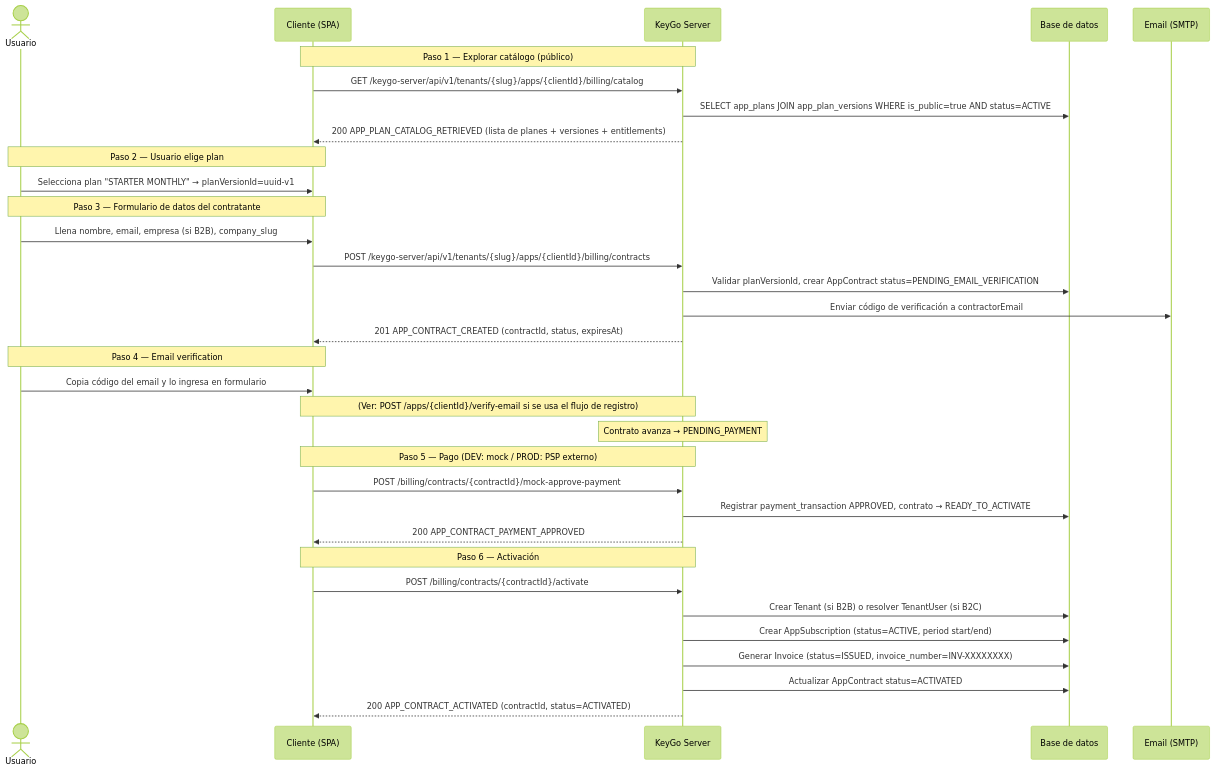
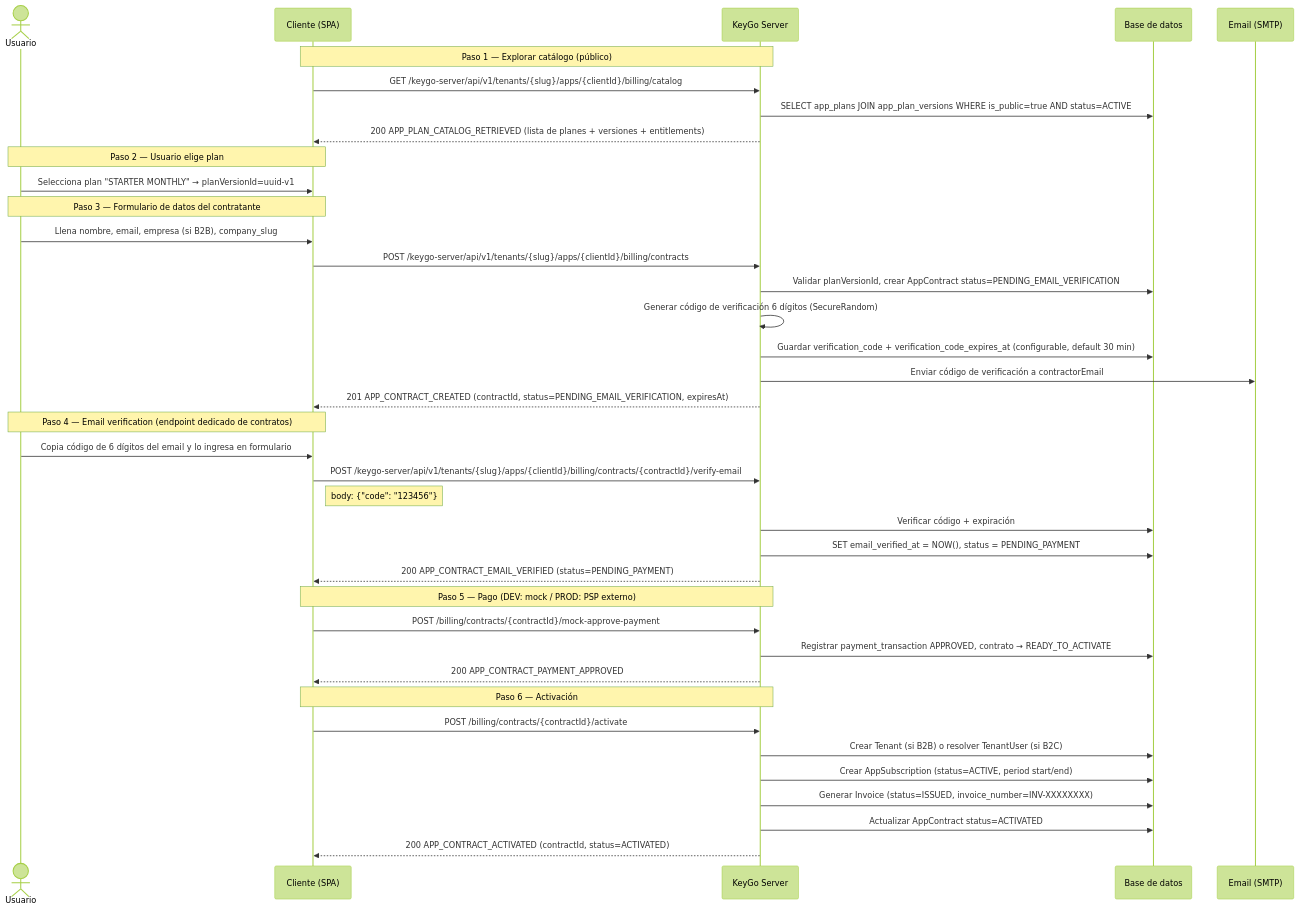
The fourth of 6 diagrams in docs/api/BILLING_FLOW.md (cmartinezs/keygo-server), drawn with Mermaid (forest theme) before and after one commit. The commit also changed other lines of this file and 28 other files, not shown here.

Commit message:
feat(billing): implement email verification for contracts with verification code and expiration handling

````diff
--- a/docs/api/BILLING_FLOW.md
+++ b/docs/api/BILLING_FLOW.md
@@ -167,41 +188,46 @@
 ```mermaid
 sequenceDiagram
     actor U as Usuario
     participant C as Cliente (SPA)
     participant K as KeyGo Server
     participant DB as Base de datos
     participant EMAIL as Email (SMTP)
 
     Note over C,K: Paso 1 — Explorar catálogo (público)
     C->>K: GET /keygo-server/api/v1/tenants/{slug}/apps/{clientId}/billing/catalog
     K->>DB: SELECT app_plans JOIN app_plan_versions WHERE is_public=true AND status=ACTIVE
     K-->>C: 200 APP_PLAN_CATALOG_RETRIEVED (lista de planes + versiones + entitlements)
 
     Note over U,C: Paso 2 — Usuario elige plan
     U->>C: Selecciona plan "STARTER MONTHLY" → planVersionId=uuid-v1
 
     Note over U,C: Paso 3 — Formulario de datos del contratante
     U->>C: Llena nombre, email, empresa (si B2B), company_slug
     C->>K: POST /keygo-server/api/v1/tenants/{slug}/apps/{clientId}/billing/contracts
     K->>DB: Validar planVersionId, crear AppContract status=PENDING_EMAIL_VERIFICATION
+    K->>K: Generar código de verificación 6 dígitos (SecureRandom)
+    K->>DB: Guardar verification_code + verification_code_expires_at (configurable, default 30 min)
     K->>EMAIL: Enviar código de verificación a contractorEmail
-    K-->>C: 201 APP_CONTRACT_CREATED (contractId, status, expiresAt)
+    K-->>C: 201 APP_CONTRACT_CREATED (contractId, status=PENDING_EMAIL_VERIFICATION, expiresAt)
 
-    Note over U,C: Paso 4 — Email verification
-    U->>C: Copia código del email y lo ingresa en formulario
-    Note over C,K: (Ver: POST /apps/{clientId}/verify-email si se usa el flujo de registro)
-    Note over K: Contrato avanza → PENDING_PAYMENT
+    Note over U,C: Paso 4 — Email verification (endpoint dedicado de contratos)
+    U->>C: Copia código de 6 dígitos del email y lo ingresa en formulario
+    C->>K: POST /keygo-server/api/v1/tenants/{slug}/apps/{clientId}/billing/contracts/{contractId}/verify-email
+    Note right of C: body: {"code": "123456"}
+    K->>DB: Verificar código + expiración
+    K->>DB: SET email_verified_at = NOW(), status = PENDING_PAYMENT
+    K-->>C: 200 APP_CONTRACT_EMAIL_VERIFIED (status=PENDING_PAYMENT)
 
     Note over C,K: Paso 5 — Pago (DEV: mock / PROD: PSP externo)
     C->>K: POST /billing/contracts/{contractId}/mock-approve-payment
     K->>DB: Registrar payment_transaction APPROVED, contrato → READY_TO_ACTIVATE
     K-->>C: 200 APP_CONTRACT_PAYMENT_APPROVED
 
     Note over C,K: Paso 6 — Activación
     C->>K: POST /billing/contracts/{contractId}/activate
     K->>DB: Crear Tenant (si B2B) o resolver TenantUser (si B2C)
     K->>DB: Crear AppSubscription (status=ACTIVE, period start/end)
     K->>DB: Generar Invoice (status=ISSUED, invoice_number=INV-XXXXXXXX)
     K->>DB: Actualizar AppContract status=ACTIVATED
     K-->>C: 200 APP_CONTRACT_ACTIVATED (contractId, status=ACTIVATED)
 ```
````
